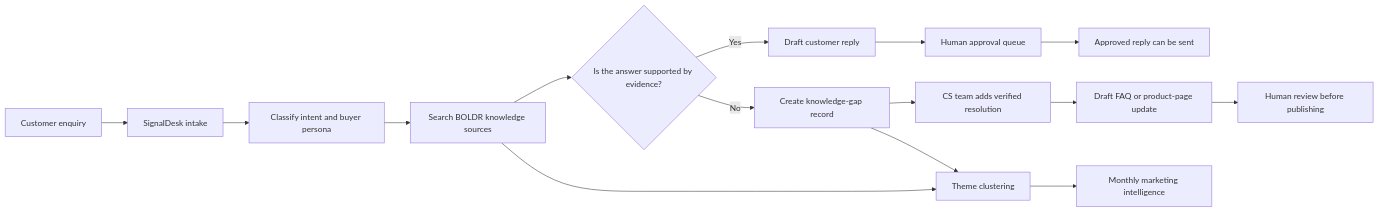
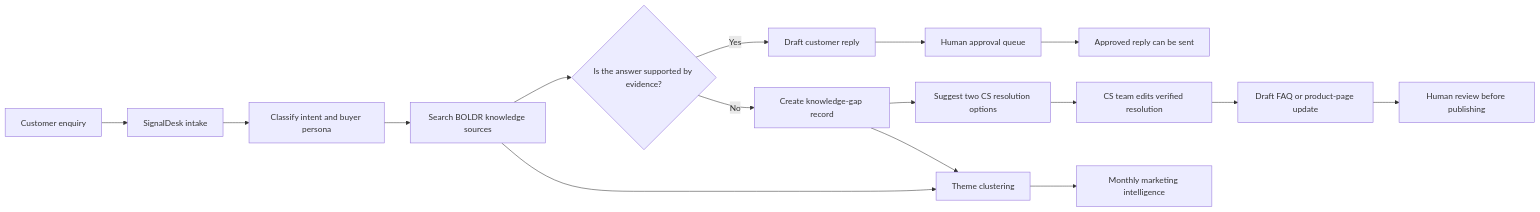
One commit to Aaryan126/BOLDR_Aaryan changed the first of 7 diagrams in WORKFLOW_DOCUMENTATION.md. Above: the diagram before and after it, drawn with Mermaid. The commit also changed other lines of this file and 1 other file, not shown here.

````diff
--- a/WORKFLOW_DOCUMENTATION.md
+++ b/WORKFLOW_DOCUMENTATION.md
@@ -28,17 +28,18 @@
 ```mermaid
 flowchart LR
     Customer["Customer enquiry"] --> Intake["SignalDesk intake"]
     Intake --> Classify["Classify intent and buyer persona"]
     Classify --> Retrieve["Search BOLDR knowledge sources"]
     Retrieve --> Decision{"Is the answer supported by evidence?"}
     Decision -->|"Yes"| Draft["Draft customer reply"]
     Draft --> Approval["Human approval queue"]
     Approval --> Send["Approved reply can be sent"]
     Decision -->|"No"| Gap["Create knowledge-gap record"]
-    Gap --> CS["CS team adds verified resolution"]
+    Gap --> Suggest["Suggest two CS resolution options"]
+    Suggest --> CS["CS team edits verified resolution"]
     CS --> FAQ["Draft FAQ or product-page update"]
     FAQ --> Review["Human review before publishing"]
     Retrieve --> Themes["Theme clustering"]
     Gap --> Themes
     Themes --> Marketing["Monthly marketing intelligence"]
 ```
````
